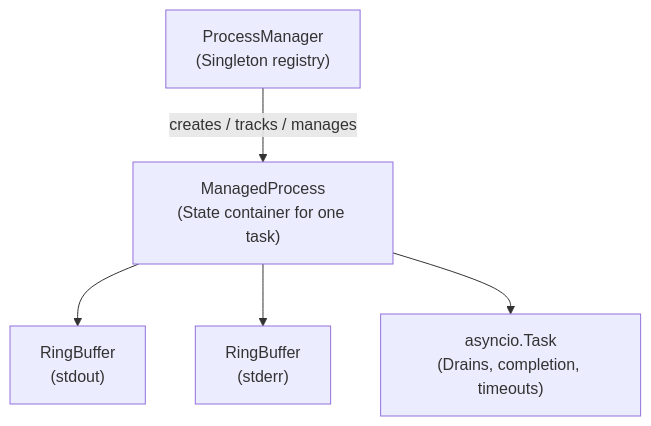
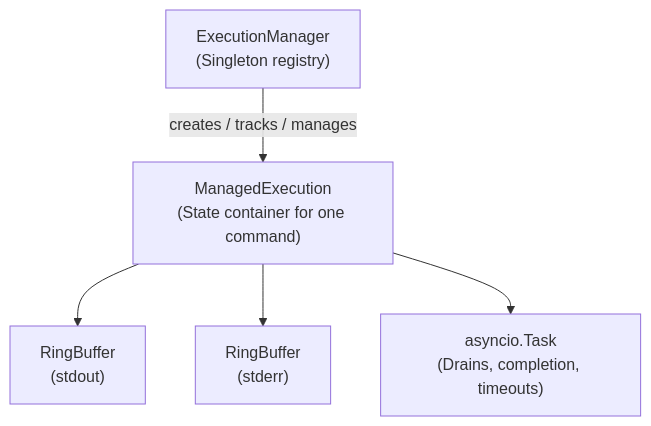
One commit to crzidea/mcp-yieldshell changed the diagram in AGENTS.md. Above: the diagram before and after it, drawn with Mermaid. The commit also changed other lines of this file and 1 other file, not shown here.

Commit message:
docs: add execution terminology migration guide

````diff
--- a/AGENTS.md
+++ b/AGENTS.md
@@ -11,7 +13,7 @@
 ```mermaid
 graph TD
-    PM["ProcessManager<br>(Singleton registry)"] -->|creates / tracks / manages| MP["ManagedProcess<br>(State container for one task)"]
-    MP --> RB_OUT["RingBuffer<br>(stdout)"]
-    MP --> RB_ERR["RingBuffer<br>(stderr)"]
-    MP --> AT["asyncio.Task<br>(Drains, completion, timeouts)"]
+    EM["ExecutionManager<br>(Singleton registry)"] -->|creates / tracks / manages| ME["ManagedExecution<br>(State container for one command)"]
+    ME --> RB_OUT["RingBuffer<br>(stdout)"]
+    ME --> RB_ERR["RingBuffer<br>(stderr)"]
+    ME --> AT["asyncio.Task<br>(Drains, completion, timeouts)"]
 ```
````
